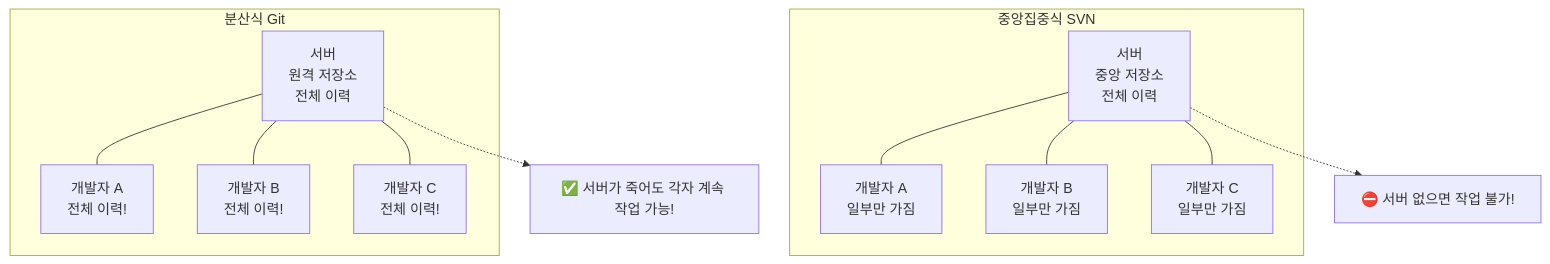
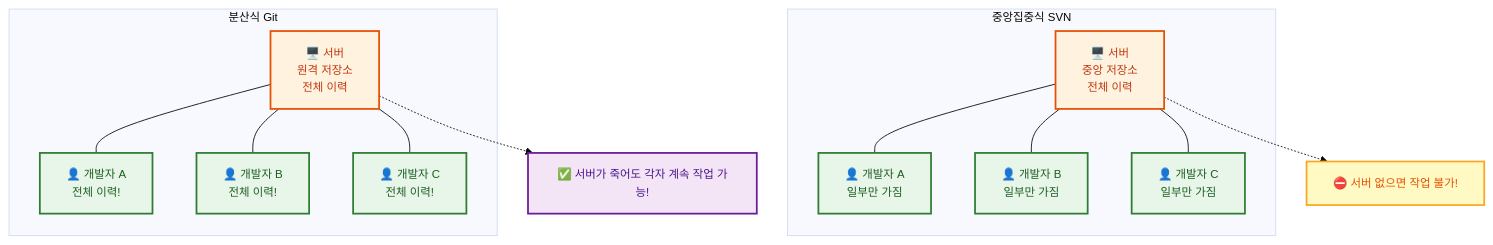
The fourth of 5 diagrams in git/01_서론/01_Git이란.md (jingu279/Document), drawn with Mermaid before and after one commit. The commit also changed other lines of this file and 24 other files, not shown here.

First line of the commit message:
Git 문서 전체 Mermaid 다이어그램 스타일링 통일

````diff
--- a/git/01_서론/01_Git이란.md
+++ b/git/01_서론/01_Git이란.md
@@ -136,17 +166,28 @@
 ```mermaid
+%%{init: {'theme': 'base', 'themeVariables': {'fontSize': '13px'}}}%%
 flowchart TB
       subgraph Centralized[중앙집중식 SVN]
-        CS[서버<br/>중앙 저장소<br/>전체 이력] --- CA[개발자 A<br/>일부만 가짐]
-        CS --- CB[개발자 B<br/>일부만 가짐]
-        CS --- CC[개발자 C<br/>일부만 가짐]
+        CS["🖥️ 서버<br/>중앙 저장소<br/>전체 이력"] --- CA["👤 개발자 A<br/>일부만 가짐"]
+        CS --- CB["👤 개발자 B<br/>일부만 가짐"]
+        CS --- CC["👤 개발자 C<br/>일부만 가짐"]
       end
 
       subgraph Distributed[분산식 Git]
-        DS[서버<br/>원격 저장소<br/>전체 이력] --- DA[개발자 A<br/>전체 이력!]
-        DS --- DB[개발자 B<br/>전체 이력!]
-        DS --- DC[개발자 C<br/>전체 이력!]
+        DS["🖥️ 서버<br/>원격 저장소<br/>전체 이력"] --- DA["👤 개발자 A<br/>전체 이력!"]
+        DS --- DB["👤 개발자 B<br/>전체 이력!"]
+        DS --- DC["👤 개발자 C<br/>전체 이력!"]
       end
 
       CS -.-> Note1["⛔ 서버 없으면 작업 불가!"]
       DS -.-> Note2["✅ 서버가 죽어도 각자 계속 작업 가능!"]
+
+      classDef main fill:#fff3e0,stroke:#e65100,stroke-width:2px,color:#bf360c
+      classDef sub fill:#e8f5e9,stroke:#2e7d32,stroke-width:2px,color:#1b5e20
+      classDef proc fill:#e3f2fd,stroke:#1565c0,stroke-width:2px,color:#0d47a1
+      classDef decision fill:#fff9c4,stroke:#f9a825,stroke-width:2px,color:#e65100
+      classDef highlight fill:#f3e5f5,stroke:#6a1b9a,stroke-width:2px,color:#4a148c
+      class CS,DS main
+      class CA,CB,CC,DA,DB,DC sub
+      class Note1 decision
+      class Note2 highlight
 ```
````
